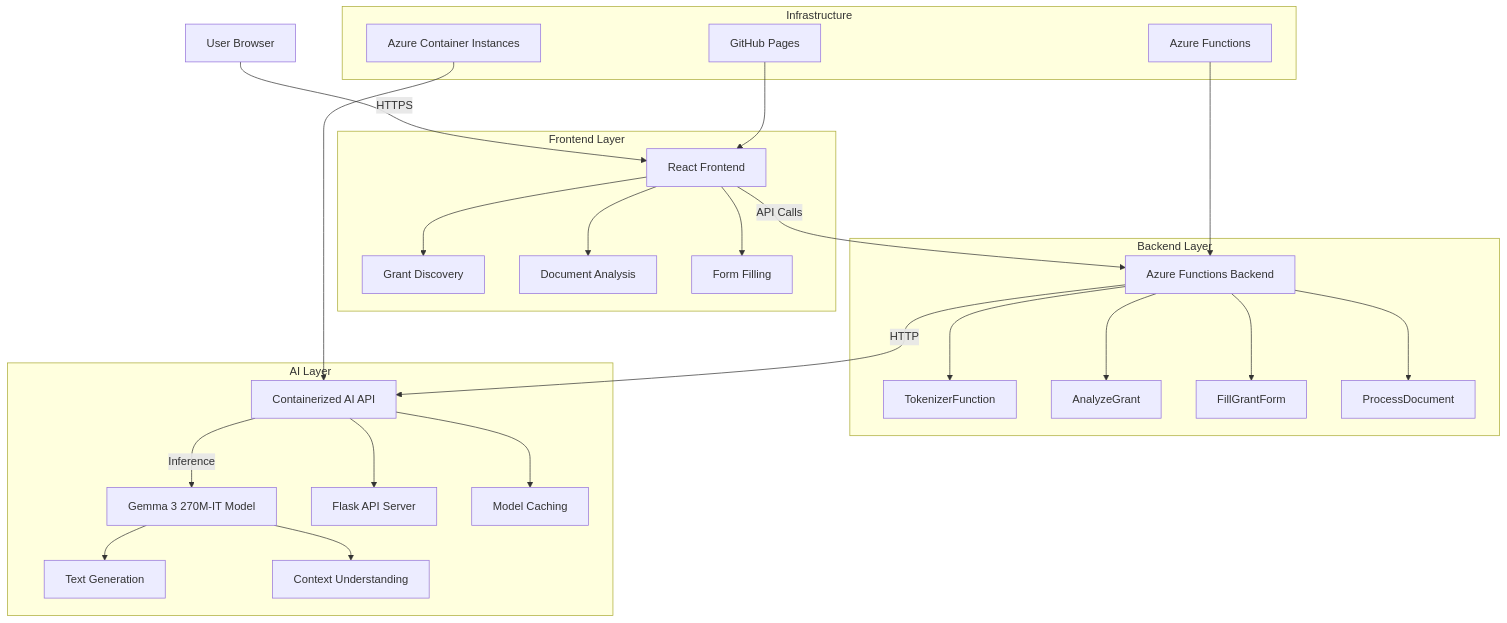
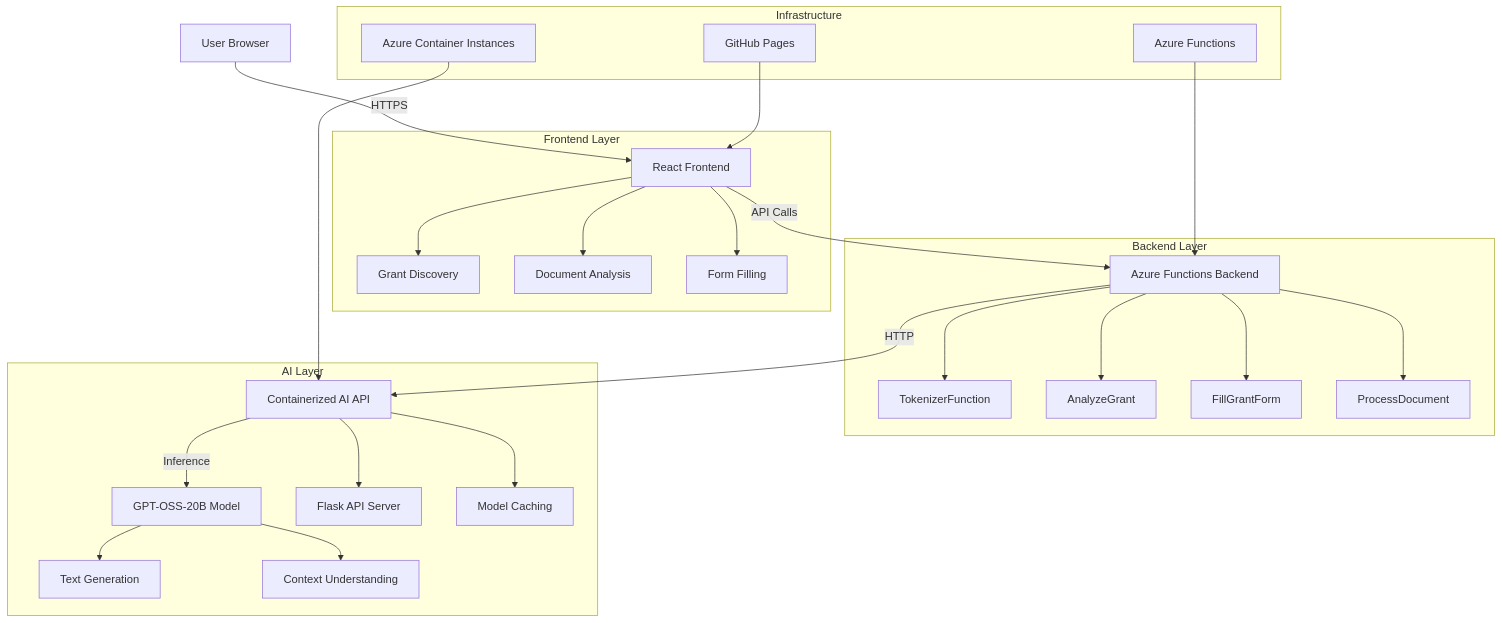
The diagram in README.md (cool-machine/grantbuilder-multi-agent-ai-with-RAG), drawn with Mermaid before and after one commit. The commit also changed other lines of this file, not shown here.

First line of the commit message:
Update README with Model Testing Playground feature

````diff
--- a/README.md
+++ b/README.md
@@ -26,33 +27,33 @@
 ```mermaid
 graph TB
     A[User Browser] -->|HTTPS| B[React Frontend]
     B -->|API Calls| C[Azure Functions Backend]
     C -->|HTTP| D[Containerized AI API]
-    D -->|Inference| E[Gemma 3 270M-IT Model]
+    D -->|Inference| E[GPT-OSS-20B Model]
     
     subgraph "Frontend Layer"
         B --> B1[Grant Discovery]
         B --> B2[Document Analysis]
         B --> B3[Form Filling]
     end
     
     subgraph "Backend Layer"
         C --> C1[TokenizerFunction]
         C --> C2[AnalyzeGrant]
         C --> C3[FillGrantForm]
         C --> C4[ProcessDocument]
     end
     
     subgraph "AI Layer"
         D --> D1[Flask API Server]
         D --> D2[Model Caching]
         E --> E1[Text Generation]
         E --> E2[Context Understanding]
     end
     
     subgraph "Infrastructure"
         F[GitHub Pages] --> B
         G[Azure Functions] --> C
         H[Azure Container Instances] --> D
     end
 ```
````
